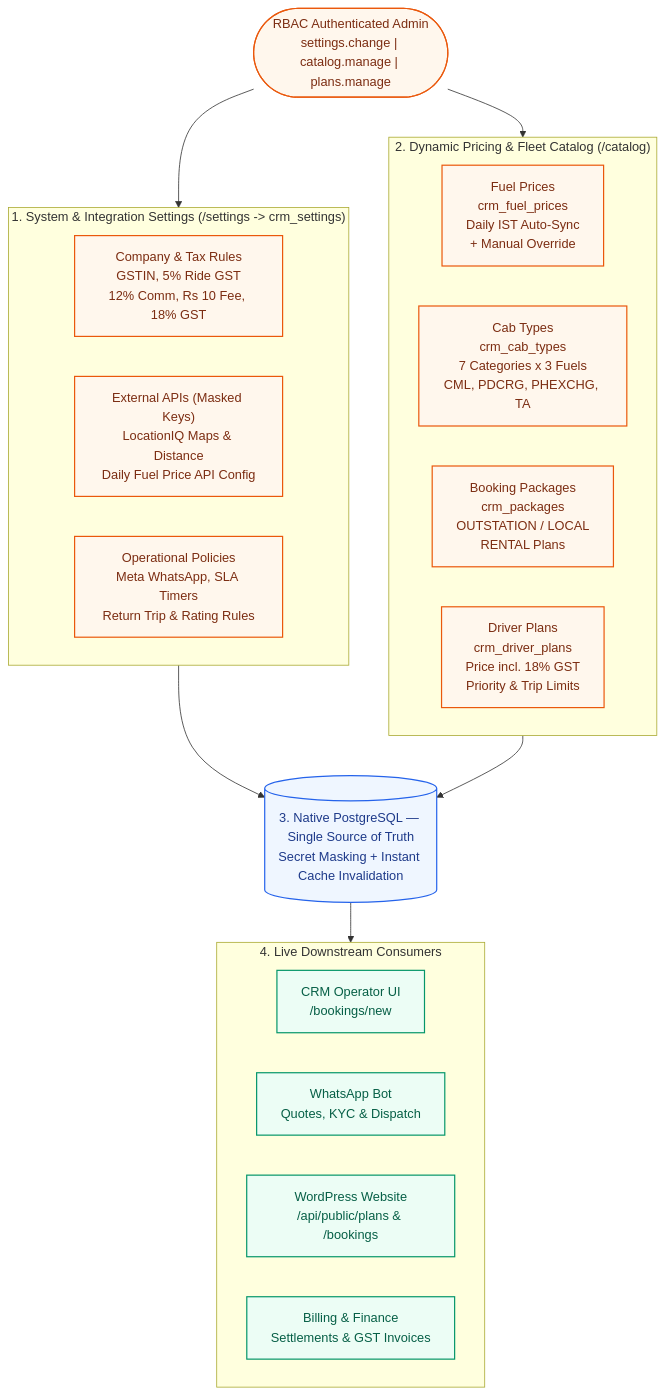
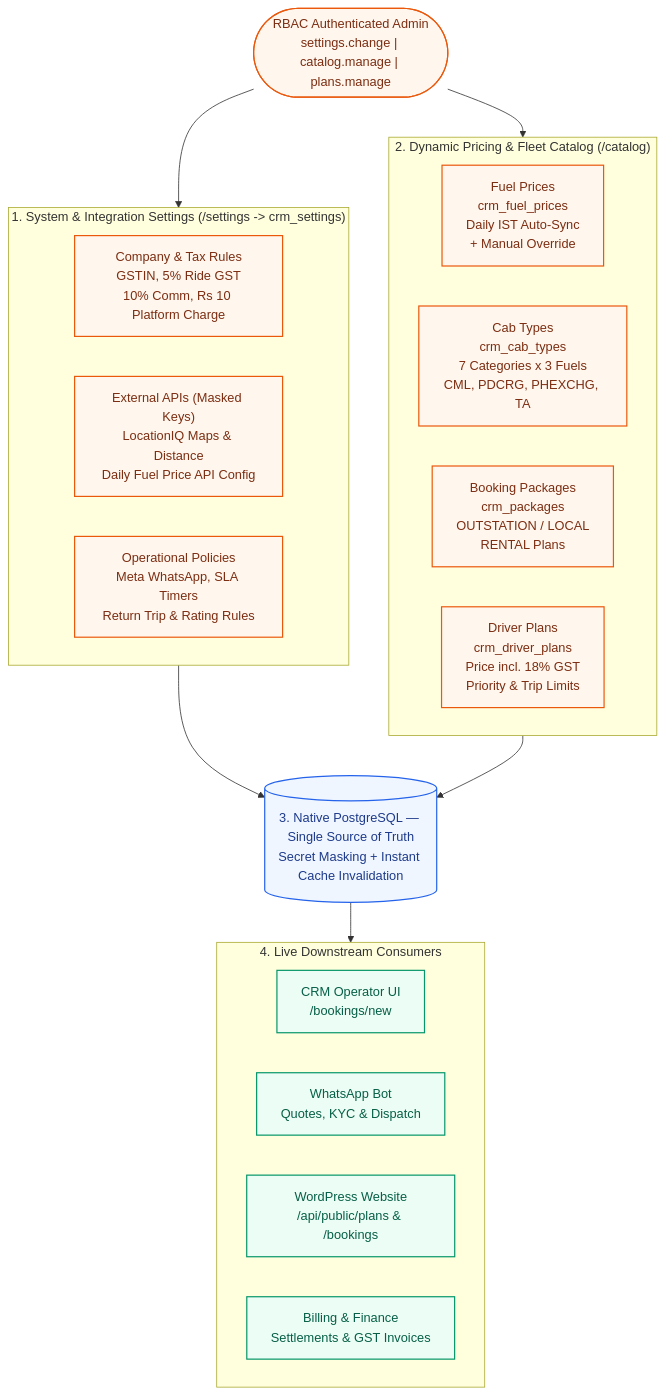
One commit to githubfolks/biharbcabs_v2 changed the diagram in crm-design/diagrams/14_master_data_management.mmd. Above: the diagram before and after it, drawn with Mermaid. The commit also changed 16 other files, not shown here.

Commit message:
Align tax, 10% commission, and Rs 10 platform charge across frontend and backend

```diff
--- a/crm-design/diagrams/14_master_data_management.mmd
+++ b/crm-design/diagrams/14_master_data_management.mmd
@@ -1,41 +1,41 @@
 flowchart TB
     ADMIN(["RBAC Authenticated Admin\nsettings.change | catalog.manage | plans.manage"])
 
     subgraph CONFIG ["1. System & Integration Settings (/settings -> crm_settings)"]
         direction LR
-        S1["Company & Tax Rules\nGSTIN, 5% Ride GST\n12% Comm, Rs 10 Fee, 18% GST"]
+        S1["Company & Tax Rules\nGSTIN, 5% Ride GST\n10% Comm, Rs 10 Platform Charge"]
         S2["External APIs (Masked Keys)\nLocationIQ Maps & Distance\nDaily Fuel Price API Config"]
         S3["Operational Policies\nMeta WhatsApp, SLA Timers\nReturn Trip & Rating Rules"]
     end
 
     subgraph CATALOG ["2. Dynamic Pricing & Fleet Catalog (/catalog)"]
         direction LR
         M1["Fuel Prices\ncrm_fuel_prices\nDaily IST Auto-Sync\n+ Manual Override"]
         M2["Cab Types\ncrm_cab_types\n7 Categories x 3 Fuels\nCML, PDCRG, PHEXCHG, TA"]
         M3["Booking Packages\ncrm_packages\nOUTSTATION / LOCAL\nRENTAL Plans"]
         M4["Driver Plans\ncrm_driver_plans\nPrice incl. 18% GST\nPriority & Trip Limits"]
     end
 
     DB[("3. Native PostgreSQL — Single Source of Truth\nSecret Masking + Instant Cache Invalidation")]
 
     subgraph CONSUMERS ["4. Live Downstream Consumers"]
         direction LR
         C1["CRM Operator UI\n/bookings/new"]
         C2["WhatsApp Bot\nQuotes, KYC & Dispatch"]
         C3["WordPress Website\n/api/public/plans & /bookings"]
         C4["Billing & Finance\nSettlements & GST Invoices"]
     end
 
     ADMIN --> CONFIG
     ADMIN --> CATALOG
     CONFIG --> DB
     CATALOG --> DB
     DB --> CONSUMERS
 
     classDef accent fill:#fff7ed,stroke:#ea580c,stroke-width:1.5px,color:#7c2d12
     classDef db fill:#eff6ff,stroke:#2563eb,stroke-width:1.5px,color:#1e3a8a
     classDef ok fill:#ecfdf5,stroke:#059669,stroke-width:1.5px,color:#065f46
 
     class ADMIN,S1,S2,S3,M1,M2,M3,M4 accent
     class DB db
     class C1,C2,C3,C4 ok
```
